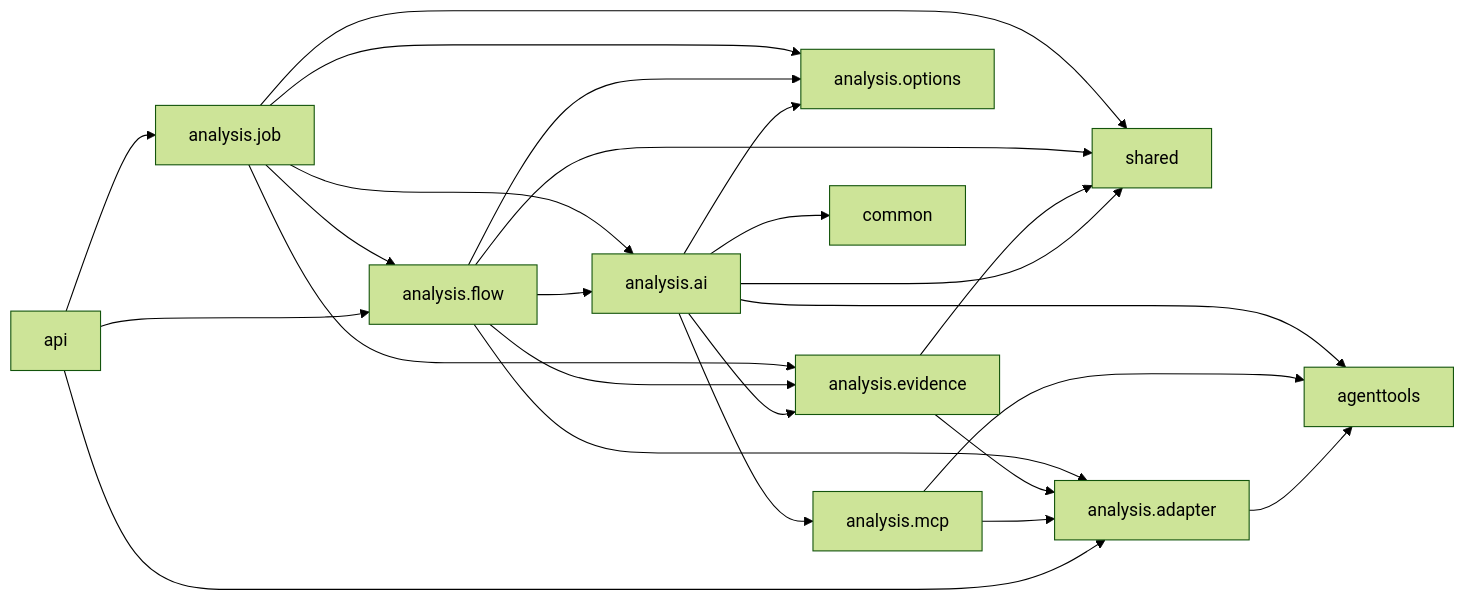
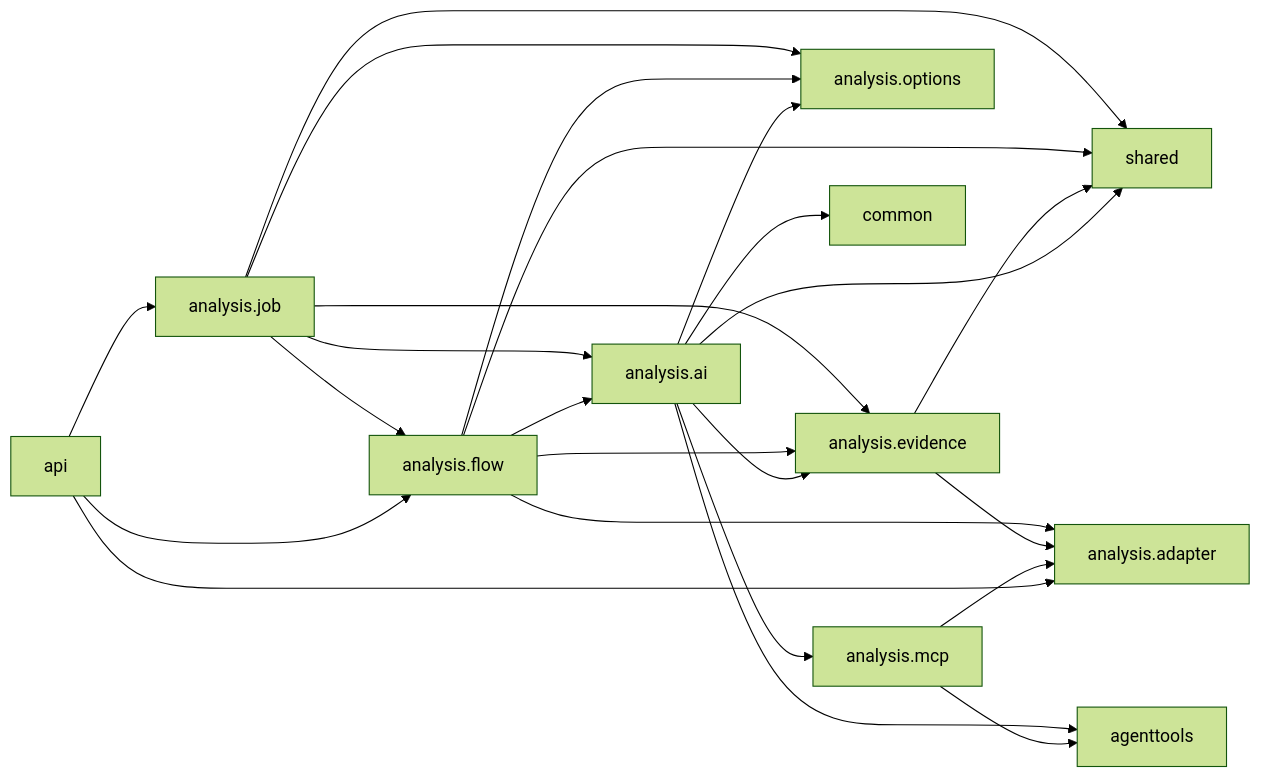
One commit to herald-assistant/incident-tracker changed the second of 2 diagrams in docs/architecture/05-package-dependencies.md. Above: the diagram before and after it, drawn with Mermaid (forest theme). The commit also changed other lines of this file and 25 other files, not shown here.

````diff
--- a/docs/architecture/05-package-dependencies.md
+++ b/docs/architecture/05-package-dependencies.md
@@ -125,33 +125,31 @@
 ```mermaid
 flowchart LR
     JOB["analysis.job"] --> FLOW["analysis.flow"]
     JOB --> AI["analysis.ai"]
     JOB --> EVIDENCE["analysis.evidence"]
     JOB --> OPTIONS["analysis.options"]
     JOB --> SHARED["shared"]
 
     FLOW --> EVIDENCE
     FLOW --> AI
     FLOW --> OPTIONS
     FLOW --> ADAPTER["analysis.adapter"]
     FLOW --> SHARED
 
     EVIDENCE --> ADAPTER
     EVIDENCE --> SHARED
 
     AI --> MCP["analysis.mcp"]
     AI --> AGENTTOOLS["agenttools"]
     AI --> EVIDENCE
     AI --> OPTIONS
     AI --> COMMON["common"]
     AI --> SHARED
 
     MCP --> ADAPTER
     MCP --> AGENTTOOLS
 
-    ADAPTER --> AGENTTOOLS
-
     API["api"] --> ADAPTER
     API --> FLOW
     API --> JOB
 ```
````
